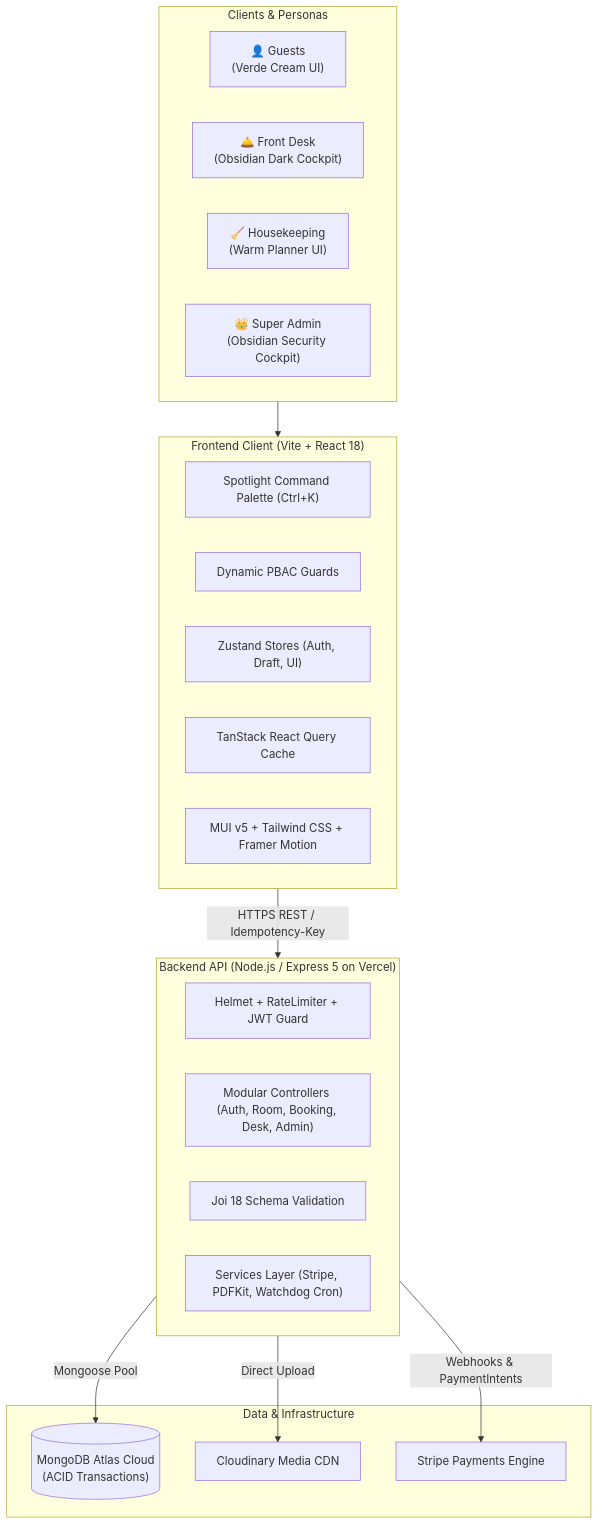
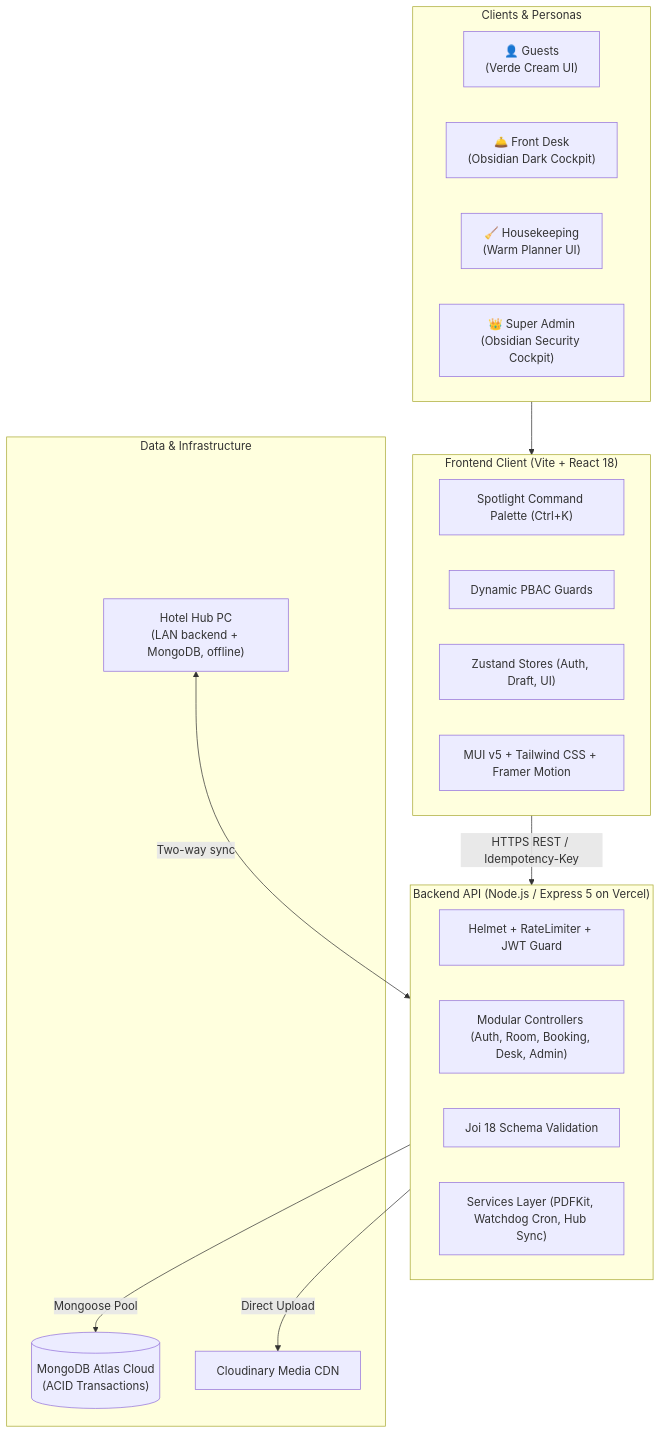
The diagram in README.md (Mhamza159/Hotel-Management-System), drawn with Mermaid before and after one commit. The commit also changed other lines of this file and 30 other files, not shown here.

````diff
--- a/README.md
+++ b/README.md
@@ -42,36 +42,35 @@
 ```mermaid
 flowchart TD
     subgraph Clients["Clients & Personas"]
         G["👤 Guests<br/>(Verde Cream UI)"]
         D["🛎️ Front Desk<br/>(Obsidian Dark Cockpit)"]
         H["🧹 Housekeeping<br/>(Warm Planner UI)"]
         A["👑 Super Admin<br/>(Obsidian Security Cockpit)"]
     end
 
     subgraph Frontend["Frontend Client (Vite + React 18)"]
         CP["Spotlight Command Palette (Ctrl+K)"]
         Can["Dynamic PBAC <Can> Guards"]
         Stores["Zustand Stores (Auth, Draft, UI)"]
-        Query["TanStack React Query Cache"]
         MUI["MUI v5 + Tailwind CSS + Framer Motion"]
     end
 
     subgraph Backend["Backend API (Node.js / Express 5 on Vercel)"]
         SEC["Helmet + RateLimiter + JWT Guard"]
         CTRL["Modular Controllers (Auth, Room, Booking, Desk, Admin)"]
         VAL["Joi 18 Schema Validation"]
-        SERV["Services Layer (Stripe, PDFKit, Watchdog Cron)"]
+        SERV["Services Layer (PDFKit, Watchdog Cron, Hub Sync)"]
     end
 
     subgraph Data["Data & Infrastructure"]
         MDB[("MongoDB Atlas Cloud<br/>(ACID Transactions)")]
         CDN["Cloudinary Media CDN"]
-        STR["Stripe Payments Engine"]
+        HUB["Hotel Hub PC<br/>(LAN backend + MongoDB, offline)"]
     end
 
     Clients --> Frontend
     Frontend -->|HTTPS REST / Idempotency-Key| Backend
     Backend -->|Mongoose Pool| MDB
     Backend -->|Direct Upload| CDN
-    Backend -->|Webhooks & PaymentIntents| STR
+    HUB <-->|Two-way sync| Backend
 ```
````
